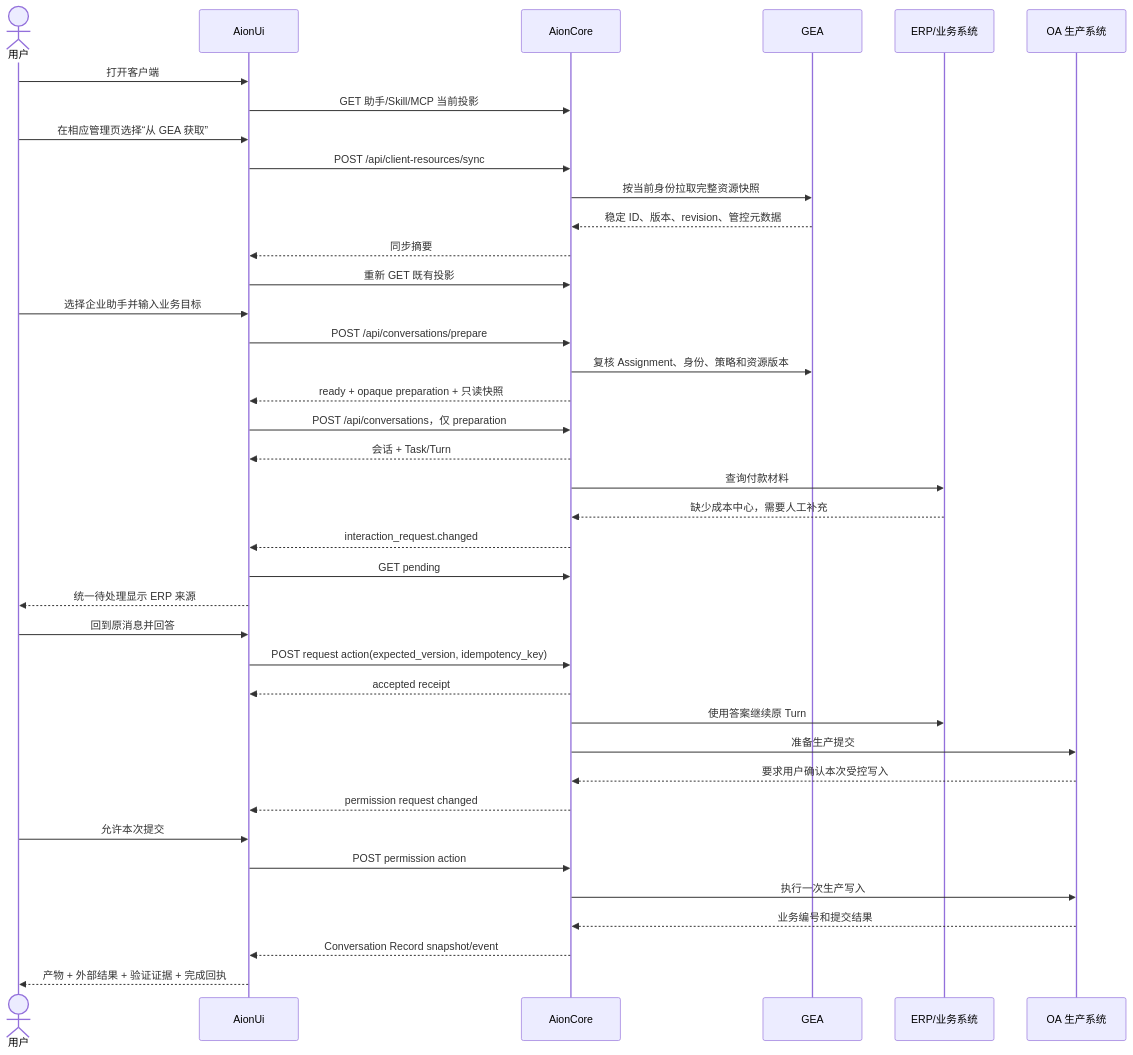
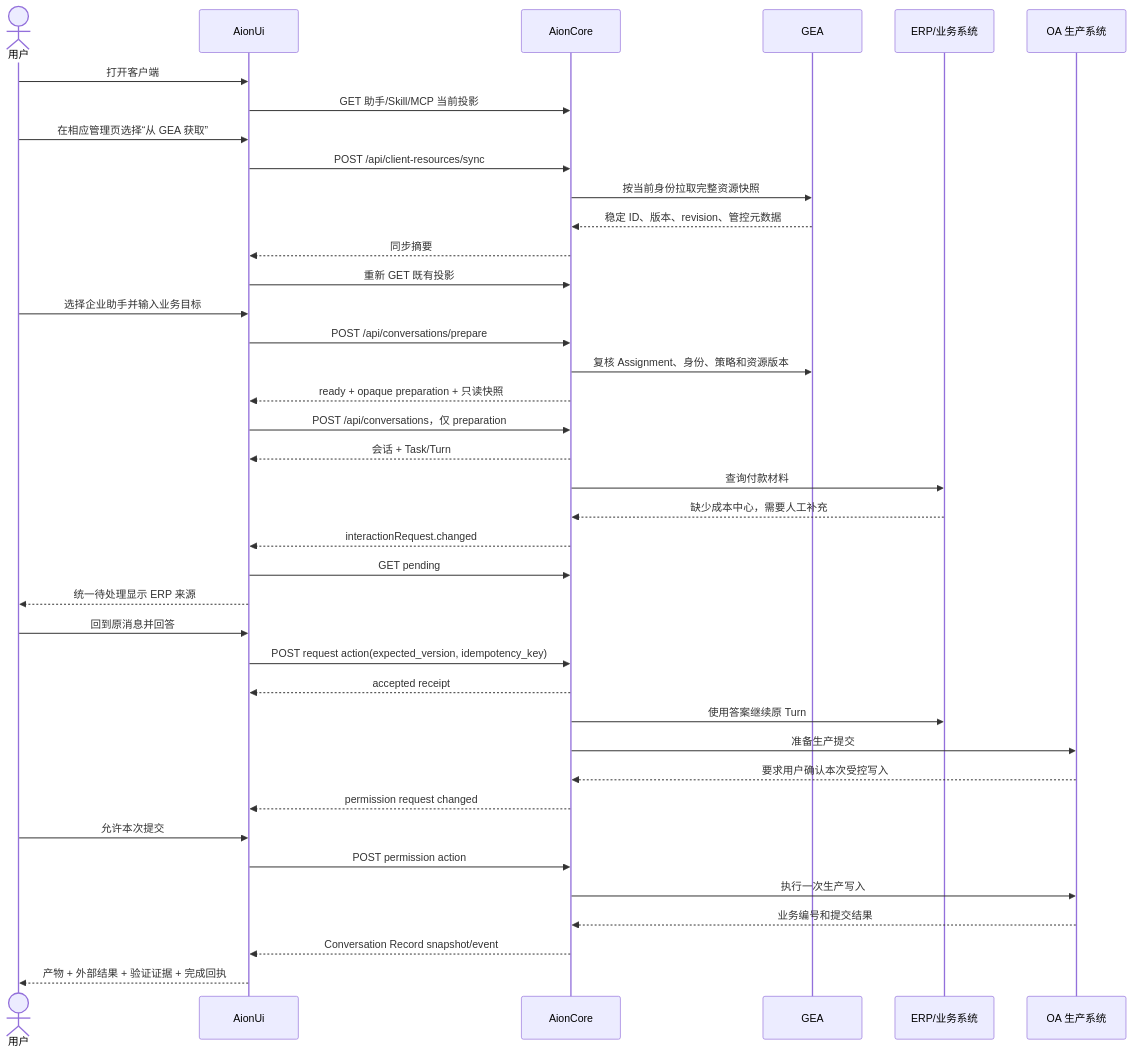
The diagram in docs/specs/gea-enterprise-business-lifecycle-v1.zh-CN.md (CleverC2200/AionUi), drawn with Mermaid before and after one commit. The commit also changed other lines of this file and 176 other files, not shown here.

````diff
--- a/docs/specs/gea-enterprise-business-lifecycle-v1.zh-CN.md
+++ b/docs/specs/gea-enterprise-business-lifecycle-v1.zh-CN.md
@@ -44,46 +44,46 @@
 ```mermaid
 sequenceDiagram
     actor User as 用户
     participant UI as AionUi
     participant Core as AionCore
     participant GEA as GEA
     participant ERP as ERP/业务系统
     participant OA as OA 生产系统
 
     User->>UI: 打开客户端
     UI->>Core: GET 助手/Skill/MCP 当前投影
     User->>UI: 在相应管理页选择“从 GEA 获取”
     UI->>Core: POST /api/client-resources/sync
     Core->>GEA: 按当前身份拉取完整资源快照
     GEA-->>Core: 稳定 ID、版本、revision、管控元数据
     Core-->>UI: 同步摘要
     UI->>Core: 重新 GET 既有投影
 
     User->>UI: 选择企业助手并输入业务目标
     UI->>Core: POST /api/conversations/prepare
     Core->>GEA: 复核 Assignment、身份、策略和资源版本
     Core-->>UI: ready + opaque preparation + 只读快照
     UI->>Core: POST /api/conversations，仅 preparation
     Core-->>UI: 会话 + Task/Turn
 
     Core->>ERP: 查询付款材料
     ERP-->>Core: 缺少成本中心，需要人工补充
-    Core-->>UI: interaction_request.changed
+    Core-->>UI: interactionRequest.changed
     UI->>Core: GET pending
     UI-->>User: 统一待处理显示 ERP 来源
     User->>UI: 回到原消息并回答
     UI->>Core: POST request action(expected_version, idempotency_key)
     Core-->>UI: accepted receipt
     Core->>ERP: 使用答案继续原 Turn
 
     Core->>OA: 准备生产提交
     OA-->>Core: 要求用户确认本次受控写入
     Core-->>UI: permission request changed
     User->>UI: 允许本次提交
     UI->>Core: POST permission action
     Core->>OA: 执行一次生产写入
     OA-->>Core: 业务编号和提交结果
 
     Core-->>UI: Conversation Record snapshot/event
     UI-->>User: 产物 + 外部结果 + 验证证据 + 完成回执
 ```
````
